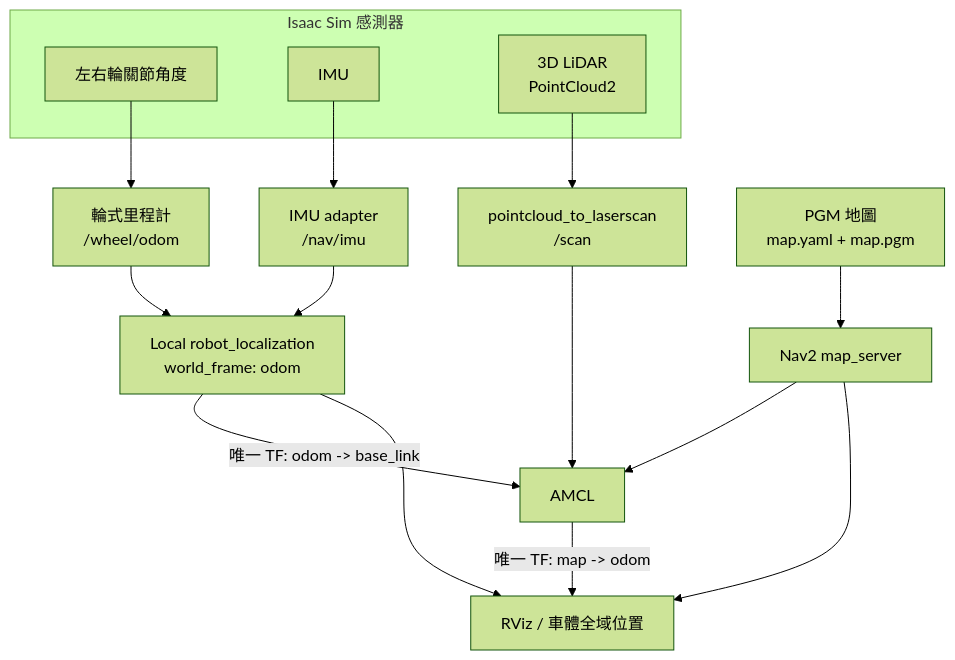
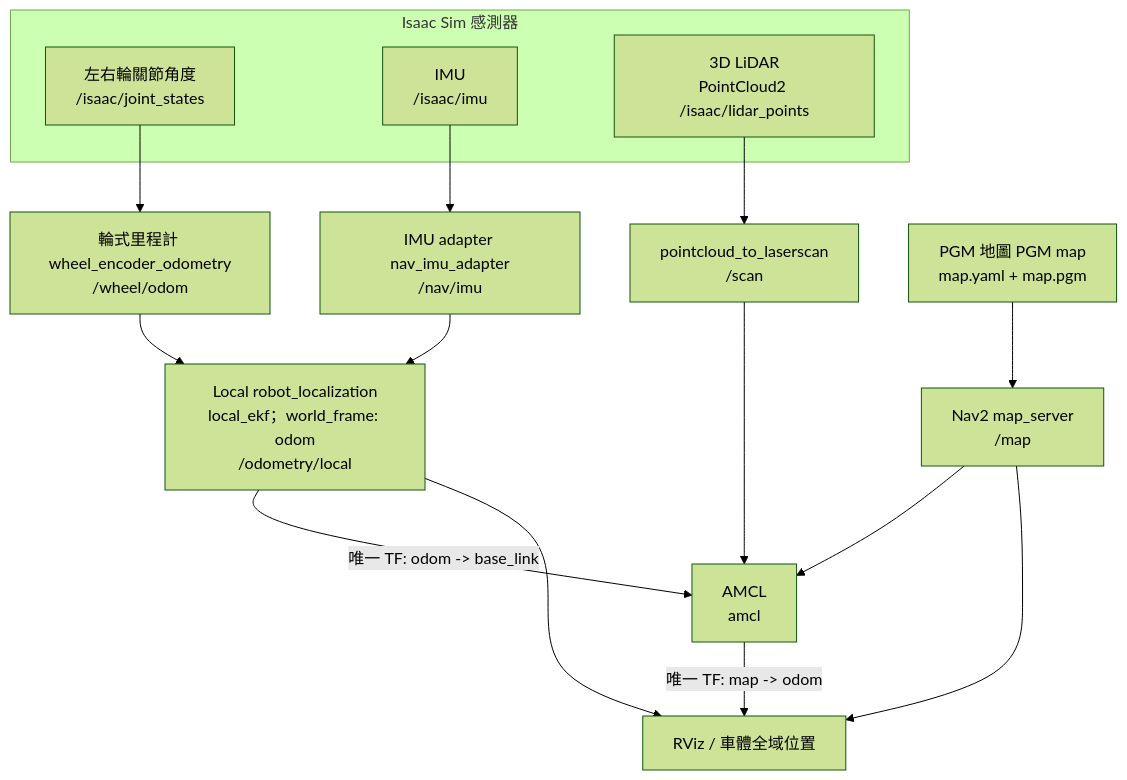
The first of 2 diagrams in docs/3d_localization.md (piggaycheng/isaacsim_fast-lio2-slam), drawn with Mermaid (forest theme) before and after one commit. The commit also changed other lines of this file, not shown here.

Commit message:
docs: label 3D localization diagrams with node and topic names

````diff
--- a/docs/3d_localization.md
+++ b/docs/3d_localization.md
@@ -15,22 +15,22 @@
 ```mermaid
 flowchart TD
     subgraph Sensors ["Isaac Sim 感測器"]
-        Joints["左右輪關節角度"]
-        IMU["IMU"]
-        Lidar["3D LiDAR<br/>PointCloud2"]
+        Joints["左右輪關節角度<br/>/isaac/joint_states"]
+        IMU["IMU<br/>/isaac/imu"]
+        Lidar["3D LiDAR<br/>PointCloud2 /isaac/lidar_points"]
     end
 
-    Joints --> WheelOdom["輪式里程計<br/>/wheel/odom"]
-    IMU --> IMUAdapter["IMU adapter<br/>/nav/imu"]
-    WheelOdom --> LocalEKF["Local robot_localization<br/>world_frame: odom"]
+    Joints --> WheelOdom["輪式里程計 wheel_encoder_odometry<br/>/wheel/odom"]
+    IMU --> IMUAdapter["IMU adapter nav_imu_adapter<br/>/nav/imu"]
+    WheelOdom --> LocalEKF["Local robot_localization<br/>local_ekf；world_frame: odom<br/>/odometry/local"]
     IMUAdapter --> LocalEKF
-    LocalEKF -->|"唯一 TF: odom -> base_link"| AMCL["AMCL"]
+    LocalEKF -->|"唯一 TF: odom -> base_link"| AMCL["AMCL<br/>amcl"]
 
     Lidar --> Scan["pointcloud_to_laserscan<br/>/scan"]
     Scan --> AMCL
-    PGM["PGM 地圖<br/>map.yaml + map.pgm"] --> MapServer["Nav2 map_server"]
+    PGM["PGM 地圖 PGM map<br/>map.yaml + map.pgm"] --> MapServer["Nav2 map_server<br/>/map"]
     MapServer --> AMCL
     AMCL -->|"唯一 TF: map -> odom"| RViz["RViz / 車體全域位置"]
     LocalEKF --> RViz
     MapServer --> RViz
 ```
````
